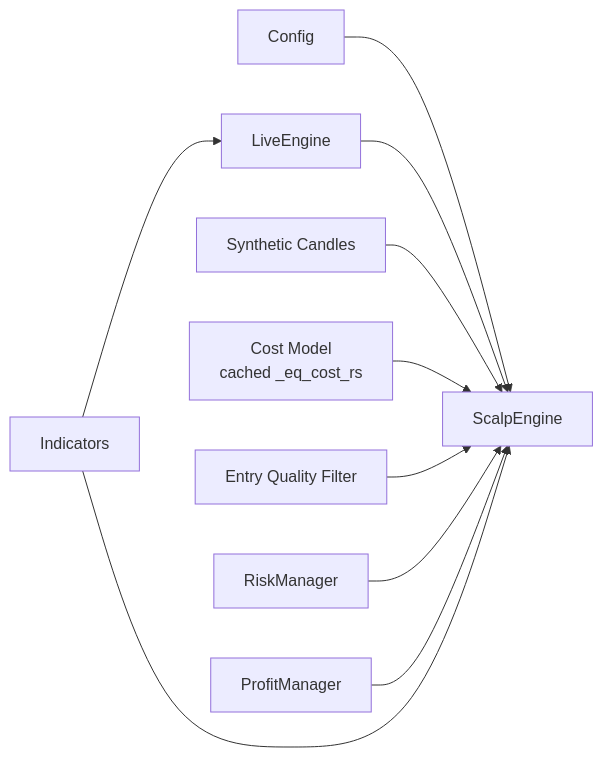
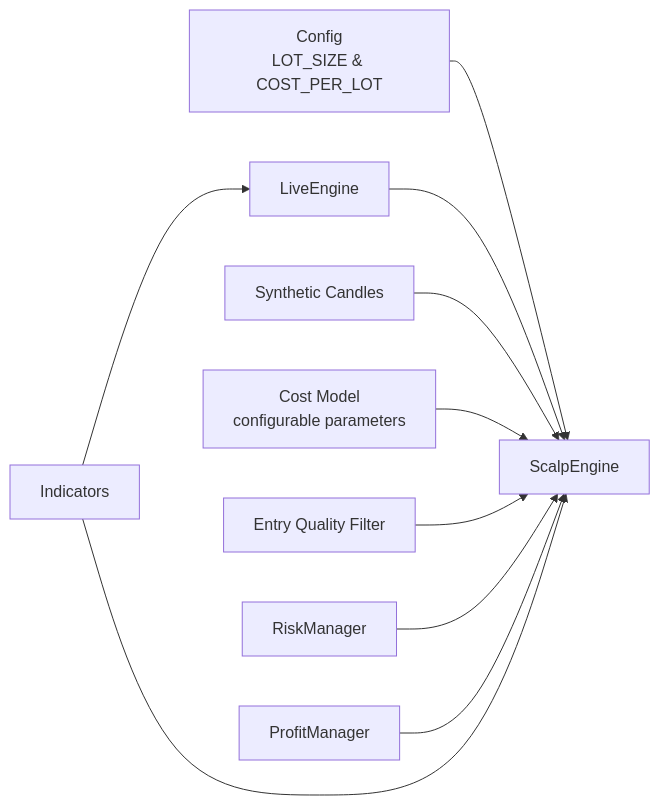
Diagram 11 of 11 in .qoder/repowiki/en/content/Core Trading Engine/Scalping Strategy Engine.md (tauqeersiddiqui-art/tradingsystem), drawn with Mermaid before and after one commit. The commit also changed other lines of this file and 63 other files, not shown here.

````diff
--- a/.qoder/repowiki/en/content/Core Trading Engine/Scalping Strategy Engine.md
+++ b/.qoder/repowiki/en/content/Core Trading Engine/Scalping Strategy Engine.md
@@ -471,12 +473,12 @@
 ```mermaid
 graph LR
-C["Config"] --> SE["ScalpEngine"]
+C["Config<br/>LOT_SIZE & COST_PER_LOT"] --> SE["ScalpEngine"]
 LE["LiveEngine"] --> SE
 SC["Synthetic Candles"] --> SE
-CM["Cost Model<br/>cached _eq_cost_rs"] --> SE
+CM["Cost Model<br/>configurable parameters"] --> SE
 EQ["Entry Quality Filter"] --> SE
 RM["RiskManager"] --> SE
 PM["ProfitManager"] --> SE
 IND["Indicators"] --> LE
 IND --> SE
 ```
````
